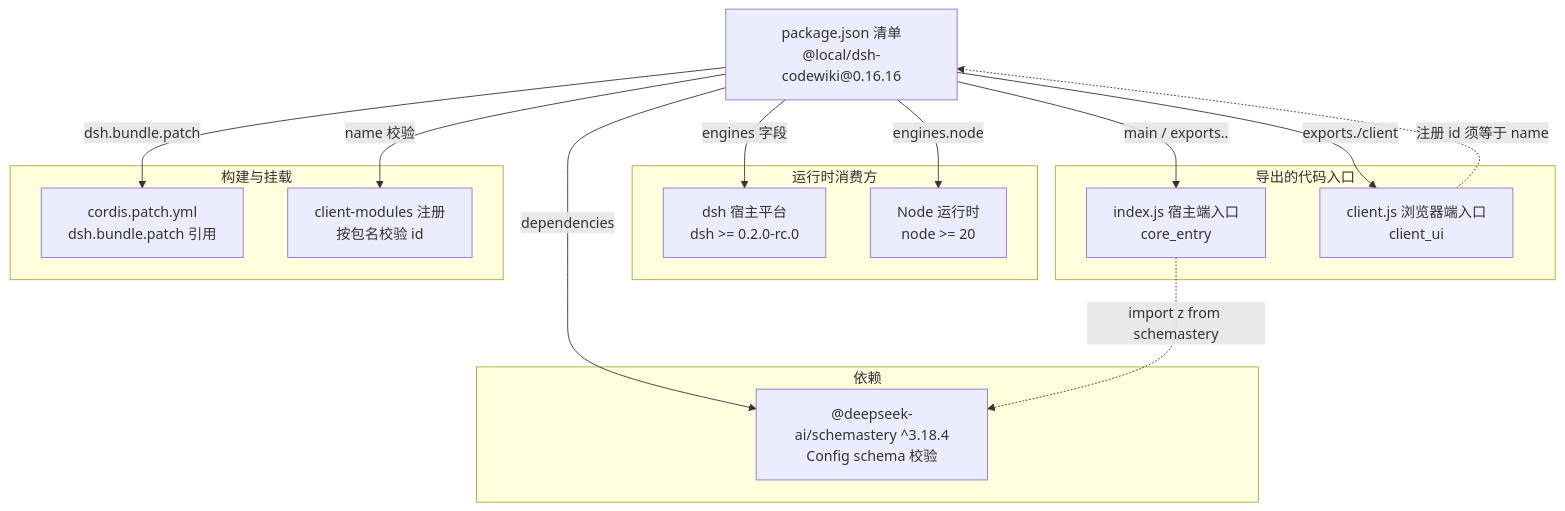
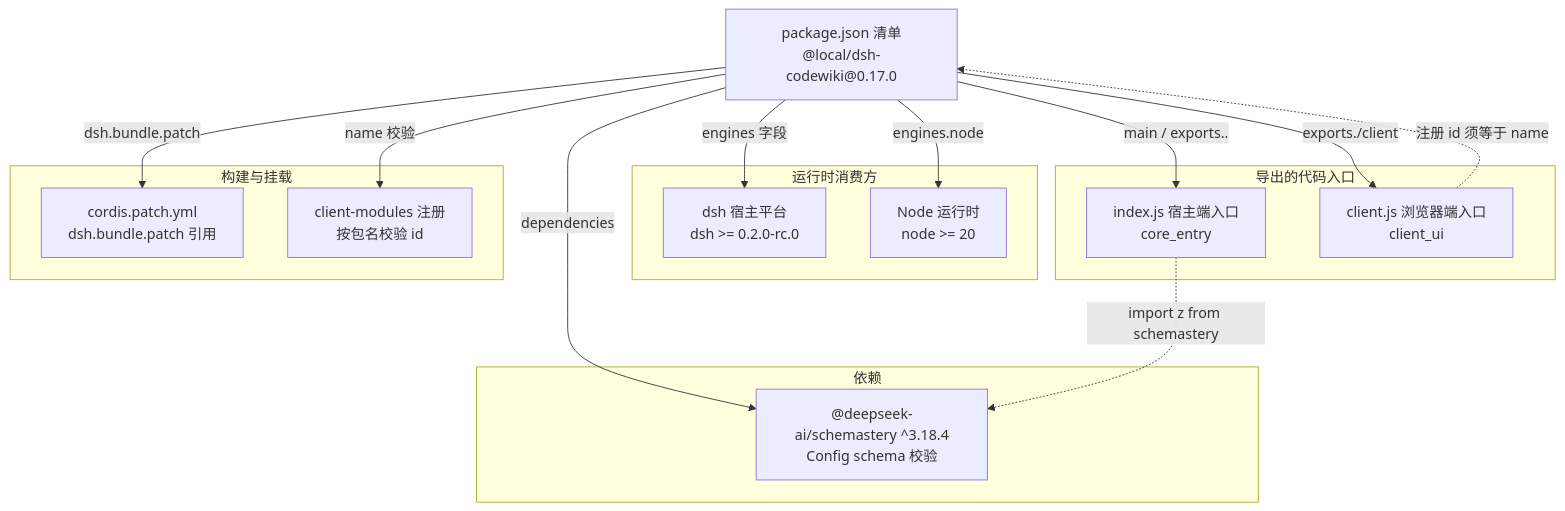
The first of 3 diagrams in .codewiki/_native-state/docs/Build___Dependency_Configuration_Layer/package_manifest.md (ikliml666/dsh-codewiki), drawn with Mermaid before and after one commit. The commit also changed other lines of this file and 28 other files, not shown here.

````diff
--- a/.codewiki/_native-state/docs/Build___Dependency_Configuration_Layer/package_manifest.md
+++ b/.codewiki/_native-state/docs/Build___Dependency_Configuration_Layer/package_manifest.md
@@ -35,34 +35,34 @@
 ```mermaid
 flowchart TD
-    PKG["package.json 清单<br/>@local/dsh-codewiki@0.16.16"]
+    PKG["package.json 清单<br/>@local/dsh-codewiki@0.17.0"]
 
     subgraph 运行时消费方
         HOST["dsh 宿主平台<br/>dsh >= 0.2.0-rc.0"]
         NODE["Node 运行时<br/>node >= 20"]
     end
 
     subgraph 导出的代码入口
         MAIN["index.js 宿主端入口<br/>core_entry"]
         CLIENT["client.js 浏览器端入口<br/>client_ui"]
     end
 
     subgraph 构建与挂载
         PATCH["cordis.patch.yml<br/>dsh.bundle.patch 引用"]
         REG["client-modules 注册<br/>按包名校验 id"]
     end
 
     subgraph 依赖
         SCHEMA["@deepseek-ai/schemastery ^3.18.4<br/>Config schema 校验"]
     end
 
     PKG -->|"main / exports.."| MAIN
     PKG -->|"exports./client"| CLIENT
     PKG -->|"engines 字段"| HOST
     PKG -->|"engines.node"| NODE
     PKG -->|"dsh.bundle.patch"| PATCH
     PKG -->|"name 校验"| REG
     PKG -->|"dependencies"| SCHEMA
 
     MAIN -.->|"import z from schemastery"| SCHEMA
     CLIENT -.->|"注册 id 须等于 name"| PKG
 ```
````
